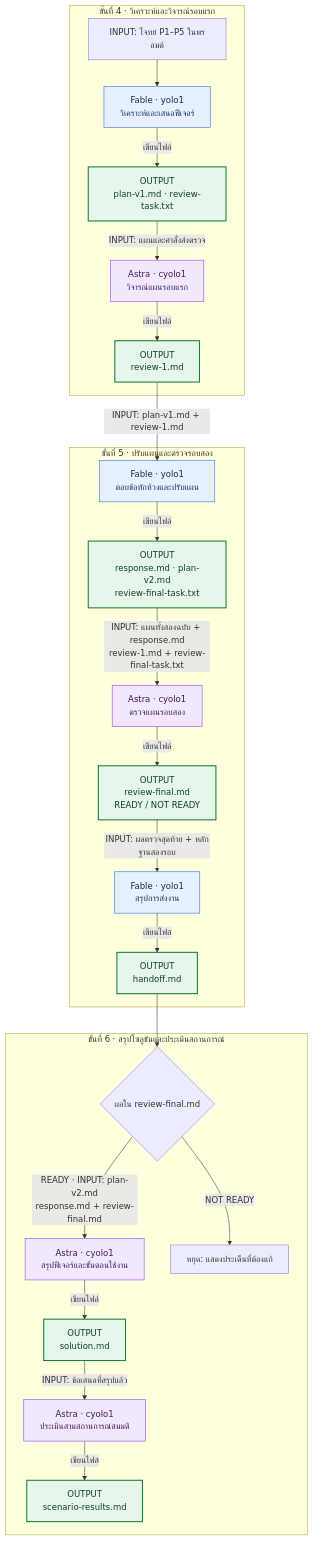
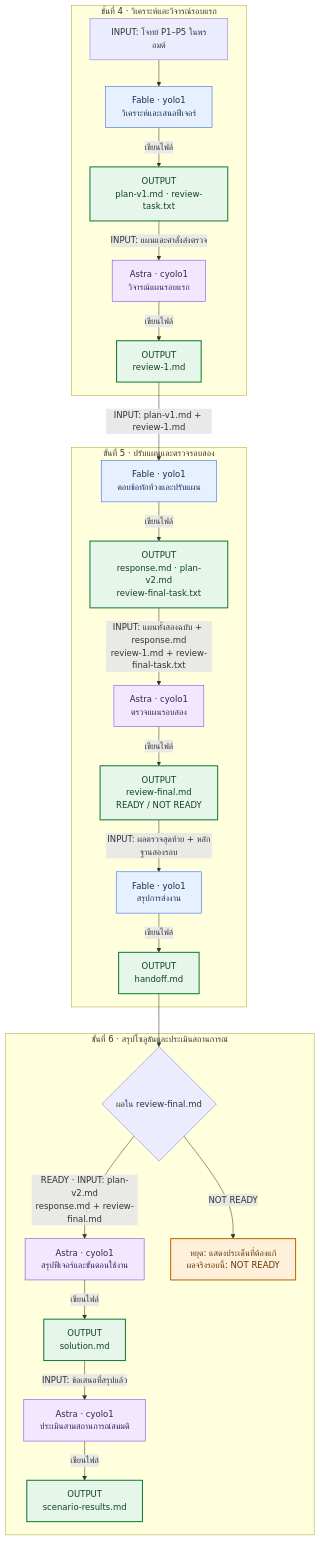
Before and after one commit to Tuchsanai/Teaching_CWN2026: the second of 2 diagrams in A/001_LAB_Setup_Multi_Account/README.md, drawn with Mermaid. The commit also changed other lines of this file and 23 other files, not shown here.

````diff
--- a/A/001_LAB_Setup_Multi_Account/README.md
+++ b/A/001_LAB_Setup_Multi_Account/README.md
@@ -433,51 +511,53 @@
 ```mermaid
 flowchart TB
     subgraph S4["ขั้นที่ 4 · วิเคราะห์และวิจารณ์รอบแรก"]
         IN["INPUT: โจทย์ P1–P5 ในพรอมต์"]
         F1["Fable · yolo1<br/>วิเคราะห์และเสนอฟีเจอร์"]
         P1["OUTPUT<br/>plan-v1.md · review-task.txt"]
         A1["Astra · cyolo1<br/>วิจารณ์แผนรอบแรก"]
         R1["OUTPUT<br/>review-1.md"]
         IN --> F1
         F1 -->|"เขียนไฟล์"| P1
         P1 -->|"INPUT: แผนและคำสั่งส่งตรวจ"| A1
         A1 -->|"เขียนไฟล์"| R1
     end
 
     subgraph S5["ขั้นที่ 5 · ปรับแผนและตรวจรอบสอง"]
         F2["Fable · yolo1<br/>ตอบข้อทักท้วงและปรับแผน"]
         P2["OUTPUT<br/>response.md · plan-v2.md<br/>review-final-task.txt"]
         A2["Astra · cyolo1<br/>ตรวจแผนรอบสอง"]
         R2["OUTPUT<br/>review-final.md<br/>READY / NOT READY"]
         F3["Fable · yolo1<br/>สรุปการส่งงาน"]
         LOG["OUTPUT<br/>handoff.md"]
         F2 -->|"เขียนไฟล์"| P2
         P2 -->|"INPUT: แผนทั้งสองฉบับ + response.md<br/>review-1.md + review-final-task.txt"| A2
         A2 -->|"เขียนไฟล์"| R2
         R2 -->|"INPUT: ผลตรวจสุดท้าย + หลักฐานสองรอบ"| F3
         F3 -->|"เขียนไฟล์"| LOG
     end
 
     subgraph S6["ขั้นที่ 6 · สรุปโซลูชันและประเมินสถานการณ์"]
         CHECK{"ผลใน review-final.md"}
         A3["Astra · cyolo1<br/>สรุปฟีเจอร์และขั้นตอนใช้งาน"]
         SOL["OUTPUT<br/>solution.md"]
         A4["Astra · cyolo1<br/>ประเมินสามสถานการณ์สมมติ"]
         RESULTS["OUTPUT<br/>scenario-results.md"]
-        STOP["หยุด: แสดงประเด็นที่ต้องแก้"]
+        STOP["หยุด: แสดงประเด็นที่ต้องแก้<br/>ผลจริงรอบนี้: NOT READY"]
         CHECK -->|"READY · INPUT: plan-v2.md<br/>response.md + review-final.md"| A3
         CHECK -->|"NOT READY"| STOP
         A3 -->|"เขียนไฟล์"| SOL
         SOL -->|"INPUT: ข้อเสนอที่สรุปแล้ว"| A4
         A4 -->|"เขียนไฟล์"| RESULTS
     end
 
     R1 -->|"INPUT: plan-v1.md + review-1.md"| F2
     LOG --> CHECK
     classDef fable fill:#e7f0ff,stroke:#2563eb,color:#142c52;
     classDef astra fill:#f1e8ff,stroke:#7c3aed,color:#382052;
     classDef output fill:#e6f6eb,stroke:#16803c,color:#124126,stroke-width:2px;
+    classDef stopped fill:#fff0dc,stroke:#c56b00,color:#653500,stroke-width:2px;
     class F1,F2,F3 fable;
     class A1,A2,A3,A4 astra;
     class P1,R1,P2,R2,LOG,SOL,RESULTS output;
+    class STOP stopped;
 ```
````
